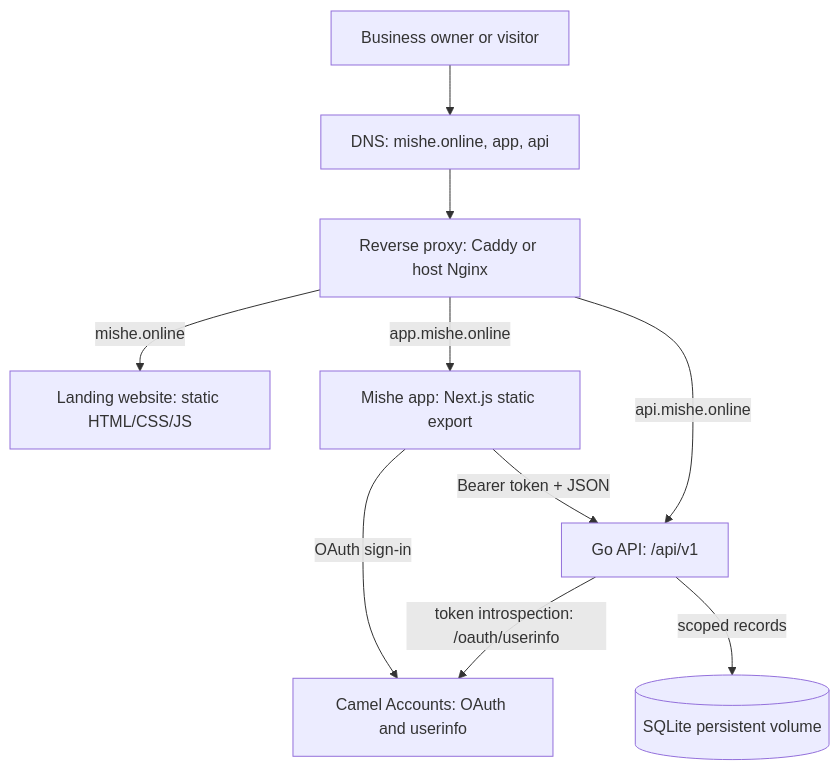
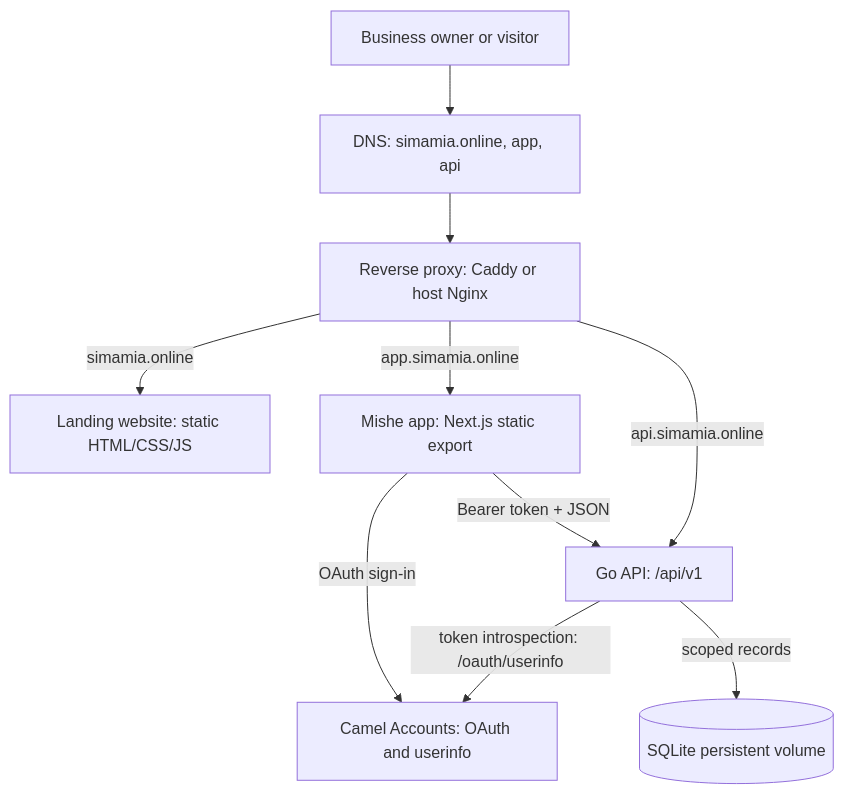
The first of 3 diagrams in docs-site/app/architecture/page.mdx (troubleman96/SIMAMIA-free), drawn with Mermaid before and after one commit. The commit also changed other lines of this file and 46 other files, not shown here.

````diff
--- a/docs-site/app/architecture/page.mdx
+++ b/docs-site/app/architecture/page.mdx
@@ -12,19 +12,19 @@
 ```mermaid
 flowchart TB
   Visitor[Business owner or visitor]
-  DNS[DNS: mishe.online, app, api]
+  DNS[DNS: simamia.online, app, api]
   Proxy[Reverse proxy: Caddy or host Nginx]
   Landing[Landing website: static HTML/CSS/JS]
   App[Mishe app: Next.js static export]
   API[Go API: /api/v1]
   Accounts[Camel Accounts: OAuth and userinfo]
   DB[(SQLite persistent volume)]
   Visitor --> DNS --> Proxy
-  Proxy -->|mishe.online| Landing
-  Proxy -->|app.mishe.online| App
-  Proxy -->|api.mishe.online| API
+  Proxy -->|simamia.online| Landing
+  Proxy -->|app.simamia.online| App
+  Proxy -->|api.simamia.online| API
   App -->|OAuth sign-in| Accounts
   App -->|Bearer token + JSON| API
   API -->|token introspection: /oauth/userinfo| Accounts
   API -->|scoped records| DB
 ```
````
